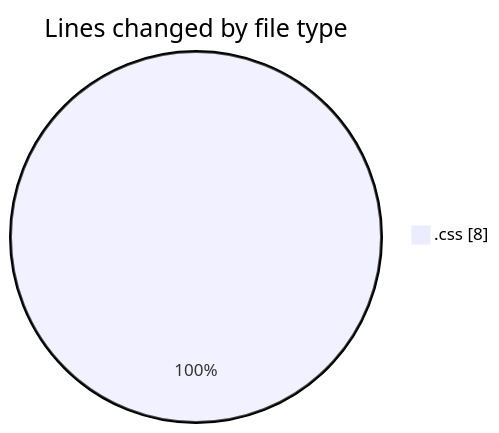
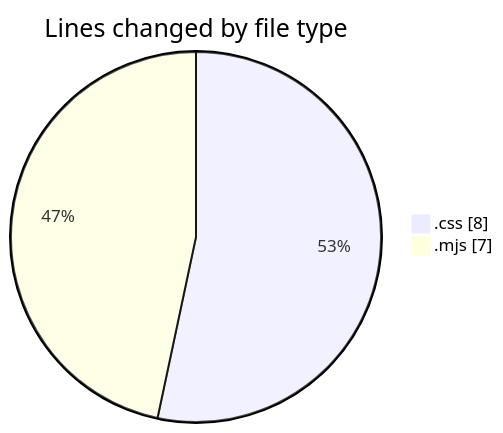
Before and after one commit to Ritupan-Deka/code-tracking: the first of 2 diagrams in 2025-06-23/scopecraft/README.md, drawn with Mermaid. The commit also changed other lines of this file and 1 other file, not shown here.

````diff
--- a/2025-06-23/scopecraft/README.md
+++ b/2025-06-23/scopecraft/README.md
@@ -20,5 +21,6 @@
 ```mermaid
 pie showData
 title Lines changed by file type
 ".css" : 8
+".mjs" : 7
 ```
````
